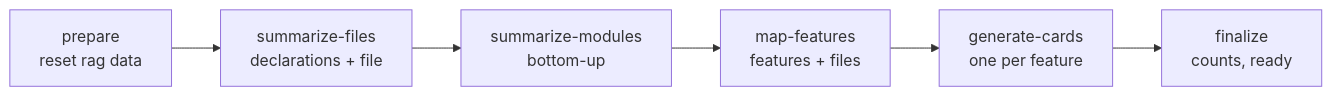
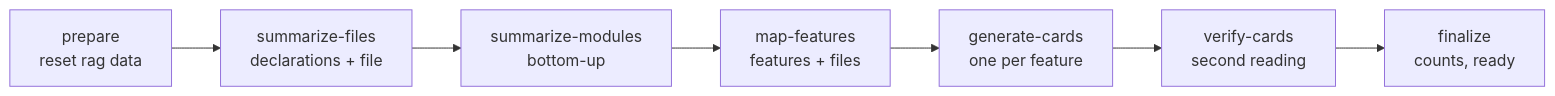
Before and after one commit to CalogeroPisano/rag-generator-app: the seventh of 10 diagrams in docs/flows.md, drawn with Mermaid. The commit also changed other lines of this file and 47 other files, not shown here.

````diff
--- a/docs/flows.md
+++ b/docs/flows.md
@@ -167,6 +167,7 @@
 ```mermaid
 flowchart LR
   prepare["prepare<br/>reset rag data"] --> files["summarize-files<br/>declarations + file"]
   files --> modules["summarize-modules<br/>bottom-up"] --> map["map-features<br/>features + files"]
-  map --> cards["generate-cards<br/>one per feature"] --> finalize["finalize<br/>counts, ready"]
+  map --> cards["generate-cards<br/>one per feature"] --> verify["verify-cards<br/>second reading"]
+  verify --> finalize["finalize<br/>counts, ready"]
 ```
````
